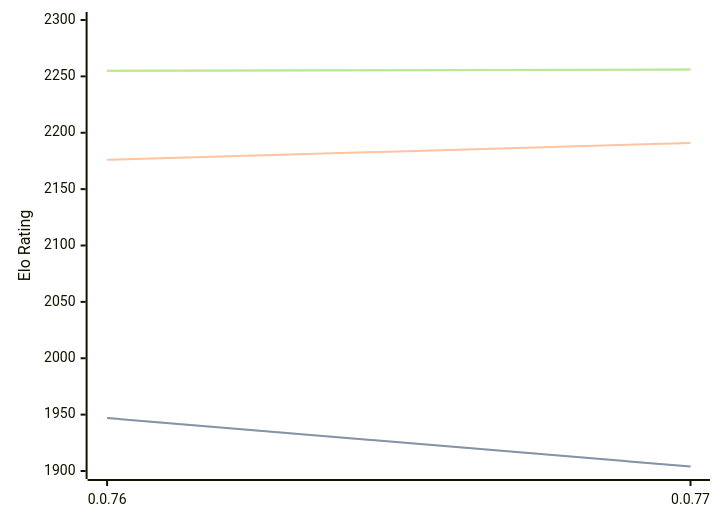
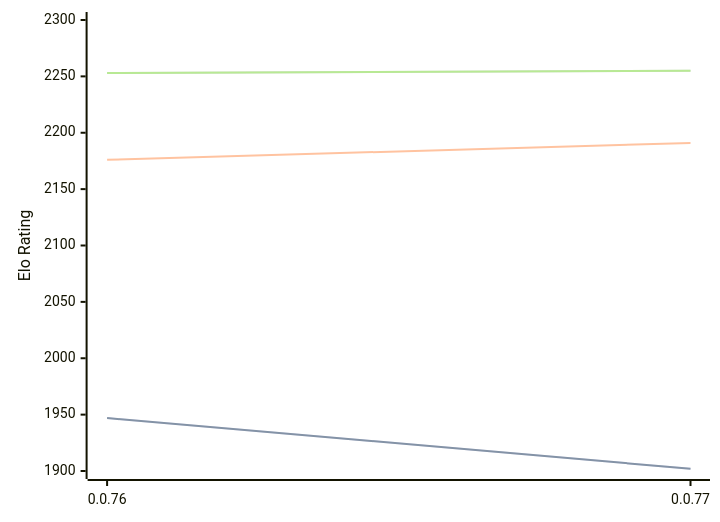
One commit to computer-chess-index/cci changed the diagram in engines/Fktb.md. Above: the diagram before and after it, drawn with Mermaid. The commit also changed other lines of this file, not shown here.

Commit message:
Update CCI Ratings (ELO VLTC) - 2026-03-16

````diff
--- a/engines/Fktb.md
+++ b/engines/Fktb.md
@@ -30,11 +30,11 @@
 ```mermaid
 %%{init: {"theme":"base","themeVariables":{"seriesColors:['#a3a3a3','#222221','#faa371']}}}%%
 xychart-beta
   x-axis ["0.0.76", "0.0.77"]
   y-axis "Elo Rating" 1900 --> 2300
-  line "STC (8.0+0.08s)" [1947, 1904]
-  line "STC (8.0+0.08s)" [1947, 1904]
+  line "STC (8.0+0.08s)" [1947, 1902]
+  line "STC (8.0+0.08s)" [1947, 1902]
   line "LTC (60.0+0.60s)" [2176, 2191]
-  line "VLTC (2m24s+1.12s)" [2255, 2256]
-  line "VLTC (2m24s+1.12s)" [2255, 2256]
+  line "VLTC (2m24s+1.12s)" [2253, 2255]
+  line "VLTC (2m24s+1.12s)" [2253, 2255]
 ```
````
